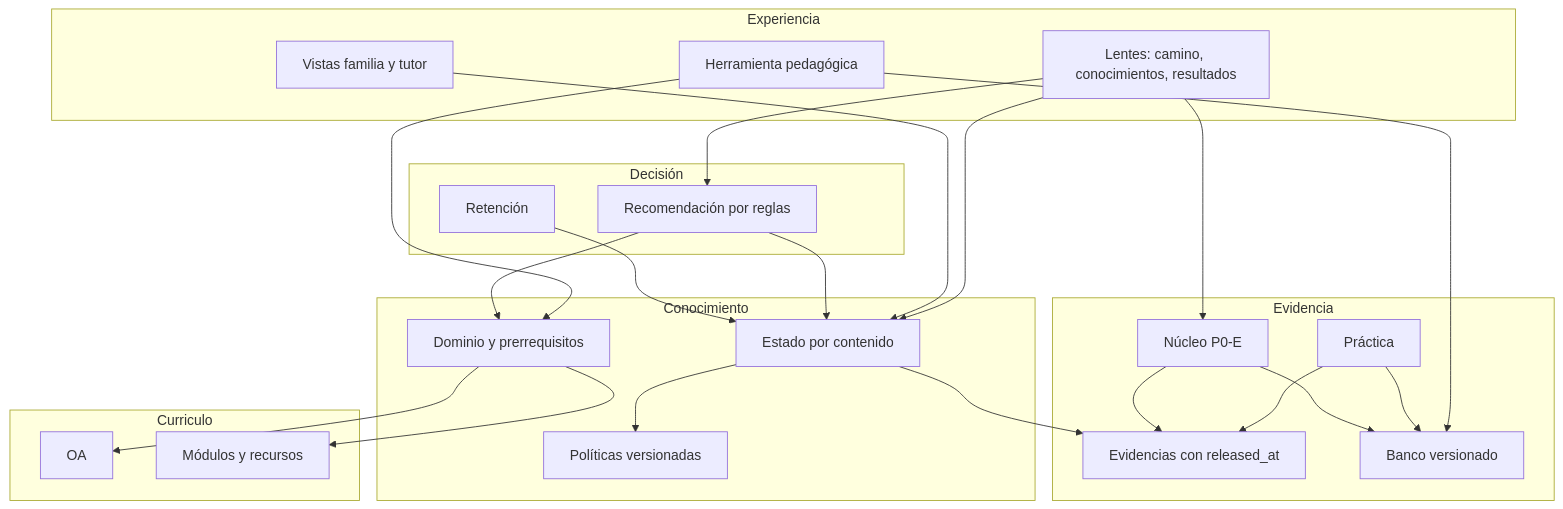
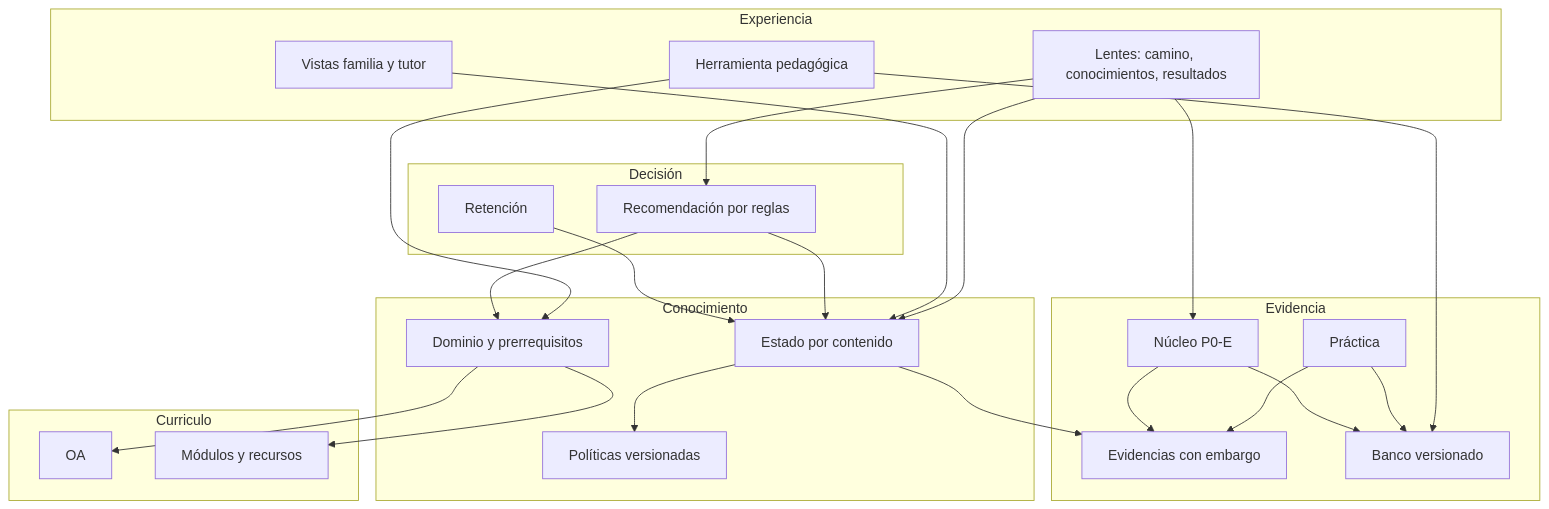
The diagram in docs/vortice/diseno-tecnico/01_ARQUITECTURA_GENERAL.md (juanpablomonsalvezb-alt/brkl), drawn with Mermaid before and after one commit. The commit also changed other lines of this file and 11 other files, not shown here.

````diff
--- a/docs/vortice/diseno-tecnico/01_ARQUITECTURA_GENERAL.md
+++ b/docs/vortice/diseno-tecnico/01_ARQUITECTURA_GENERAL.md
@@ -30,44 +30,44 @@
 ```mermaid
 flowchart TB
   subgraph Experiencia
     UI[Lentes: camino, conocimientos, resultados]
     FAM[Vistas familia y tutor]
     ADM[Herramienta pedagógica]
   end
   subgraph Decisión
     REC[Recomendación por reglas]
     RET[Retención]
   end
   subgraph Conocimiento
     STATE[Estado por contenido]
     GRAPH[Dominio y prerrequisitos]
     POL[Políticas versionadas]
   end
   subgraph Evidencia
-    EV[Evidencias con released_at]
+    EV[Evidencias con embargo]
     PRA[Práctica]
     P0E[Núcleo P0-E]
     BANK[Banco versionado]
   end
   subgraph Curriculo
     OA[OA]
     MOD[Módulos y recursos]
   end
   UI --> REC
   UI --> STATE
   UI --> P0E
   FAM --> STATE
   ADM --> GRAPH
   ADM --> BANK
   REC --> STATE
   REC --> GRAPH
   RET --> STATE
   STATE --> EV
   STATE --> POL
   PRA --> EV
   P0E --> EV
   PRA --> BANK
   P0E --> BANK
   GRAPH --> OA
   GRAPH --> MOD
 ```
````
